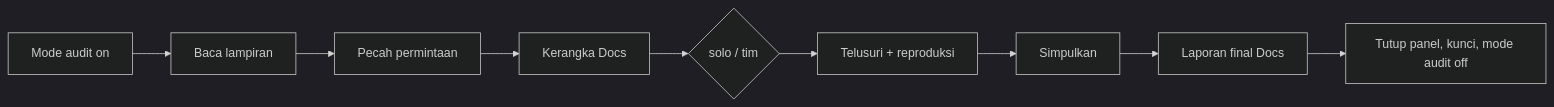
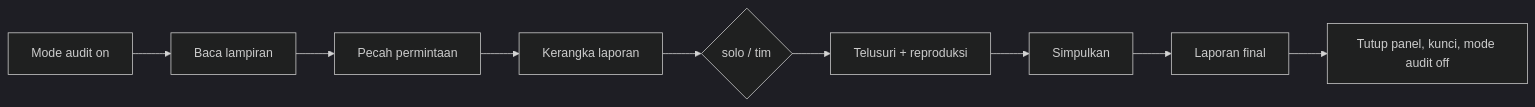
The diagram in skills/audit-issue/SKILL.md (roiskhoiron/mobiledev-agent-workflow), drawn with Mermaid (dark theme) before and after one commit. The commit also changed other lines of this file and 32 other files, not shown here.

````diff
--- a/skills/audit-issue/SKILL.md
+++ b/skills/audit-issue/SKILL.md
@@ -12,6 +12,6 @@
 ```mermaid
 flowchart LR
-  A[Mode audit on] --> L[Baca lampiran] --> P[Pecah permintaan] --> D[Kerangka Docs]
+  A[Mode audit on] --> L[Baca lampiran] --> P[Pecah permintaan] --> D[Kerangka laporan]
   D --> T{solo / tim}
-  T --> S[Telusuri + reproduksi] --> K[Simpulkan] --> F[Laporan final Docs] --> X[Tutup panel, kunci, mode audit off]
+  T --> S[Telusuri + reproduksi] --> K[Simpulkan] --> F[Laporan final] --> X[Tutup panel, kunci, mode audit off]
 ```
````
